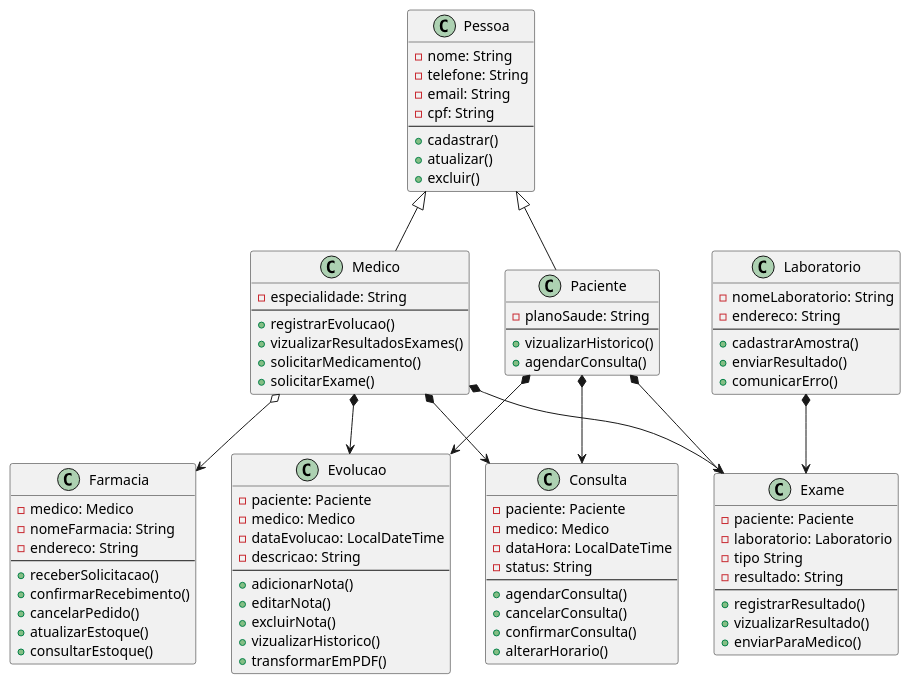
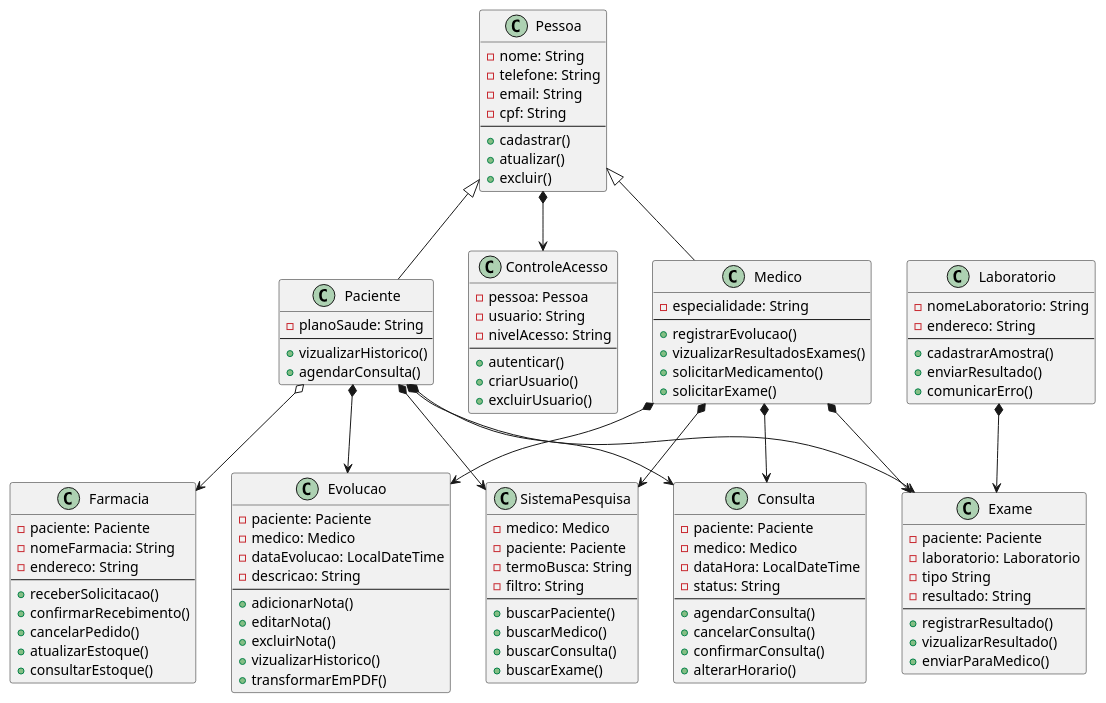
Before and after one commit to CaueGR/A3-MS: the diagram in diagrama.puml, drawn with PlantUML.

Commit message:
atualizaocao farmacia

```diff
--- a/diagrama.puml
+++ b/diagrama.puml
@@ -1,96 +1,122 @@
 @startuml Prontuário Medico
 
 class Pessoa{
 -nome: String 
 -telefone: String
 -email: String
 -cpf: String
 --
 +cadastrar()
 +atualizar()
 +excluir()
 }
 
 class Paciente extends Pessoa{
     -planoSaude: String
     --
     +vizualizarHistorico()
     +agendarConsulta()
 }
 
 class Medico extends Pessoa{
     -especialidade: String
     --
     +registrarEvolucao()
     +vizualizarResultadosExames()
     +solicitarMedicamento()
     +solicitarExame()
 }
 
 class Consulta{
     -paciente: Paciente
     -medico: Medico
     -dataHora: LocalDateTime
     -status: String
     --
     +agendarConsulta()
     +cancelarConsulta()
     +confirmarConsulta()
     +alterarHorario()
 }
 
 class Evolucao{
     -paciente: Paciente
     -medico: Medico
     -dataEvolucao: LocalDateTime
     -descricao: String
     --
     +adicionarNota()
     +editarNota()
     +excluirNota()
     +vizualizarHistorico()
     +transformarEmPDF()
 }
 
 class Laboratorio{
     -nomeLaboratorio: String
     -endereco: String
     --
     +cadastrarAmostra()
     +enviarResultado()
     +comunicarErro()
 }
 
 class Exame{
     -paciente: Paciente
     -laboratorio: Laboratorio
     -tipo String
     -resultado: String
     --
     +registrarResultado()
     +vizualizarResultado()
     +enviarParaMedico()
 }
 
 class Farmacia{
-    -medico: Medico
+    -paciente: Paciente
     -nomeFarmacia: String
     -endereco: String
     --
     +receberSolicitacao()
     +confirmarRecebimento()
     +cancelarPedido()
     +atualizarEstoque()
     +consultarEstoque()
 }
 
+class SistemaPesquisa{
+    -medico: Medico
+    -paciente: Paciente
+    -termoBusca: String
+    -filtro: String
+    --
+    +buscarPaciente()
+    +buscarMedico()
+    +buscarConsulta()
+    +buscarExame()
+}
+
+class ControleAcesso{
+    -pessoa: Pessoa
+    -usuario: String
+    -nivelAcesso: String
+    --
+    +autenticar()
+    +criarUsuario()
+    +excluirUsuario()
+}
+
+
 
 Paciente *--> Consulta
 Medico *--> Consulta
 Paciente *--> Evolucao
 Medico *--> Evolucao
 Paciente *--> Exame
 Laboratorio *--> Exame
-Medico o--> Farmacia
+Paciente o--> Farmacia
 Medico *--> Exame
+Medico *--> SistemaPesquisa
+Paciente *--> SistemaPesquisa
+Pessoa *--> ControleAcesso
 @enduml
```
